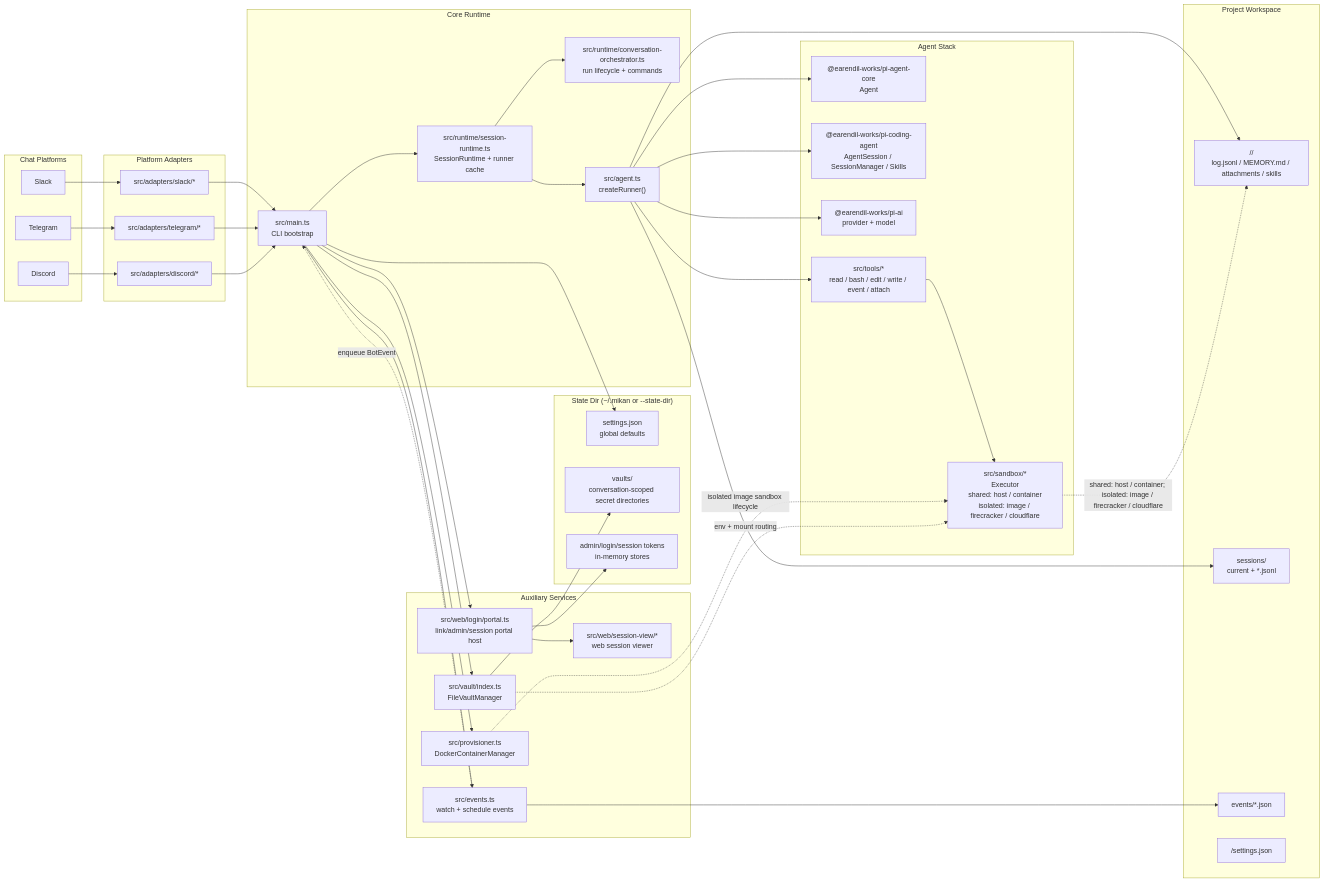
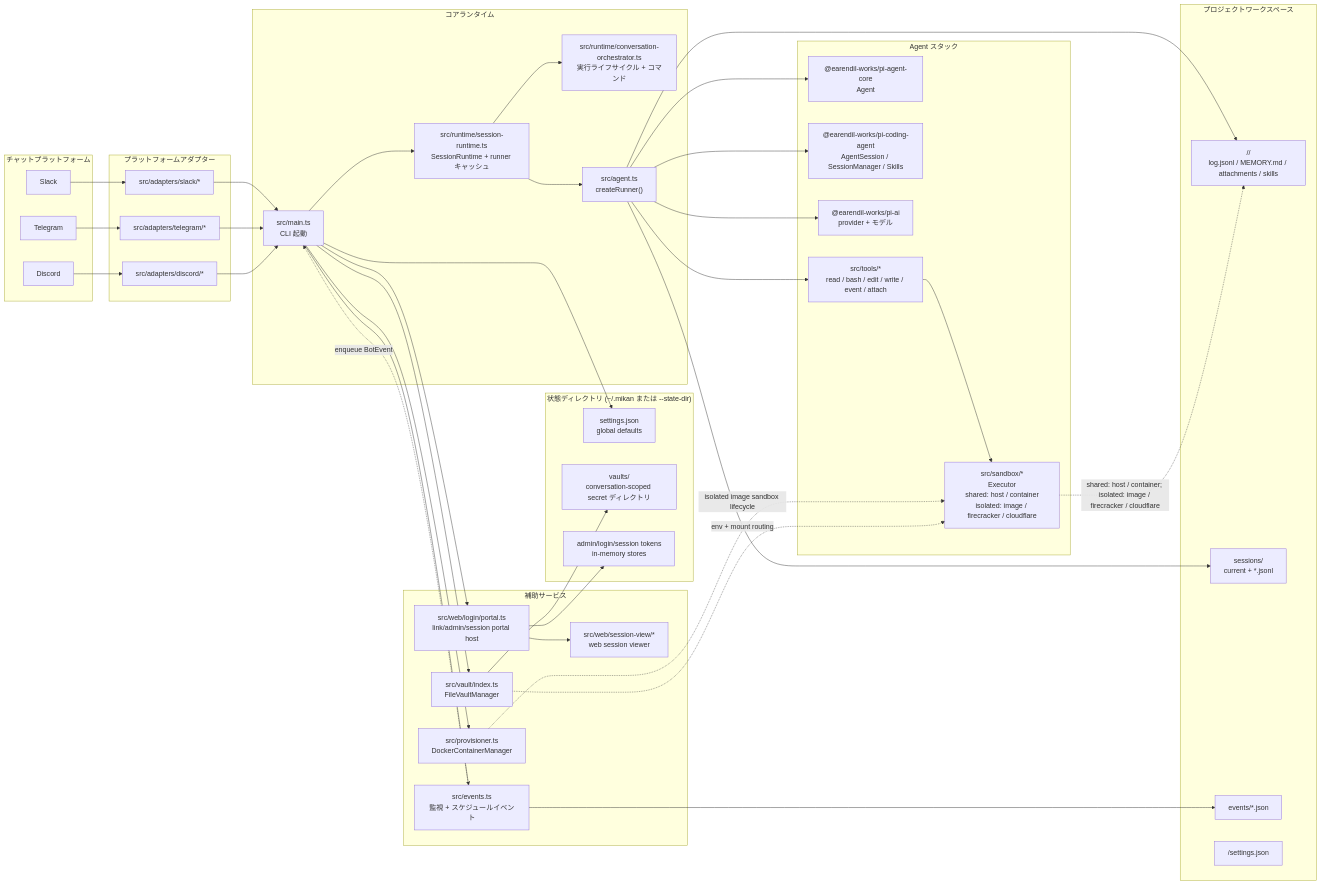
The first of 3 diagrams in src/content/docs/ja/architecture.md (geminixiang/mikan), drawn with Mermaid before and after one commit. The commit also changed other lines of this file and 92 other files, not shown here.

````diff
--- a/src/content/docs/ja/architecture.md
+++ b/src/content/docs/ja/architecture.md
@@ -16,51 +8,51 @@
 ```mermaid
 flowchart LR
-  subgraph Clients["Chat Platforms"]
+  subgraph Clients["チャットプラットフォーム"]
     Slack["Slack"]
     Telegram["Telegram"]
     Discord["Discord"]
   end
 
-  subgraph Adapters["Platform Adapters"]
+  subgraph Adapters["プラットフォームアダプター"]
     SlackAdapter["src/adapters/slack/*"]
     TelegramAdapter["src/adapters/telegram/*"]
     DiscordAdapter["src/adapters/discord/*"]
   end
 
-  subgraph Runtime["Core Runtime"]
-    Main["src/main.ts\nCLI bootstrap"]
-    SessionRuntime["src/runtime/session-runtime.ts\nSessionRuntime + runner cache"]
-    Orchestrator["src/runtime/conversation-orchestrator.ts\nrun lifecycle + commands"]
+  subgraph Runtime["コアランタイム"]
+    Main["src/main.ts\nCLI 起動"]
+    SessionRuntime["src/runtime/session-runtime.ts\nSessionRuntime + runner キャッシュ"]
+    Orchestrator["src/runtime/conversation-orchestrator.ts\n実行ライフサイクル + コマンド"]
     AgentRunner["src/agent.ts\ncreateRunner()"]
   end
 
-  subgraph AgentStack["Agent Stack"]
+  subgraph AgentStack["Agent スタック"]
     PiAgent["@earendil-works/pi-agent-core\nAgent"]
     PiCoding["@earendil-works/pi-coding-agent\nAgentSession / SessionManager / Skills"]
-    PiAI["@earendil-works/pi-ai\nprovider + model"]
+    PiAI["@earendil-works/pi-ai\nprovider + モデル"]
     MikanTools["src/tools/*\nread / bash / edit / write / event / attach"]
     Executor["src/sandbox/*\nExecutor\nshared: host / container\nisolated: image / firecracker / cloudflare"]
   end
 
-  subgraph Persistence["Project Workspace"]
+  subgraph Persistence["プロジェクトワークスペース"]
     ConversationDir["<workspace>/<conversation>/\nlog.jsonl / MEMORY.md / attachments / skills"]
     Sessions["sessions/\ncurrent + *.jsonl"]
     EventsDir["events/*.json"]
     LocalSettings["<conversation>/settings.json"]
   end
 
-  subgraph StateDir["State Dir (~/.mikan or --state-dir)"]
+  subgraph StateDir["状態ディレクトリ (~/.mikan または --state-dir)"]
     GlobalSettings["settings.json\nglobal defaults"]
-    Vaults["vaults/\nconversation-scoped secret directories"]
+    Vaults["vaults/\nconversation-scoped secret ディレクトリ"]
     LinkTokens["admin/login/session tokens\nin-memory stores"]
   end
 
-  subgraph Services["Auxiliary Services"]
+  subgraph Services["補助サービス"]
     VaultManager["src/vault/index.ts\nFileVaultManager"]
     Provisioner["src/provisioner.ts\nDockerContainerManager"]
     LinkServer["src/web/login/portal.ts\nlink/admin/session portal host"]
     SessionViewer["src/web/session-view/*\nweb session viewer"]
-    EventsWatcher["src/events.ts\nwatch + schedule events"]
+    EventsWatcher["src/events.ts\n監視 + スケジュールイベント"]
   end
 
   Slack --> SlackAdapter
````
